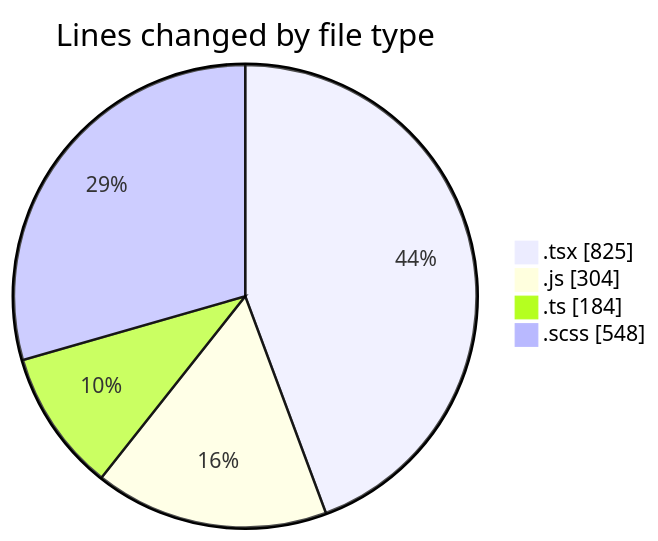
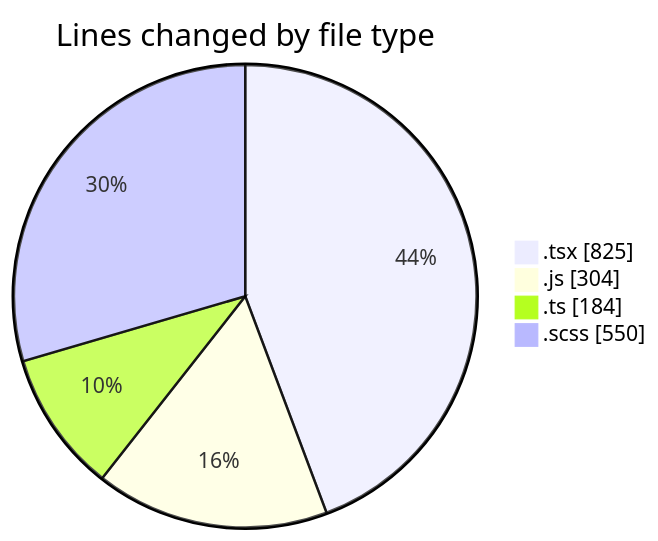
One commit to momahboobian/code-tracking changed the first of 2 diagrams in 2025-02-26/cda/README.md. Above: the diagram before and after it, drawn with Mermaid. The commit also changed other lines of this file and 1 other file, not shown here.

````diff
--- a/2025-02-26/cda/README.md
+++ b/2025-02-26/cda/README.md
@@ -37,8 +37,8 @@
 ```mermaid
 pie showData
 title Lines changed by file type
 ".tsx" : 825
 ".js" : 304
 ".ts" : 184
-".scss" : 548
+".scss" : 550
 ```
````
